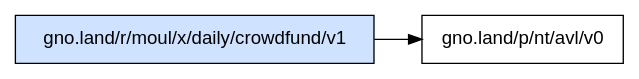
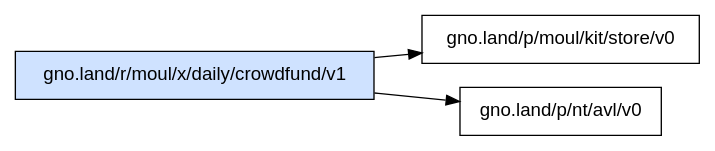
Before and after one commit to moul/gno-contracts: the diagram in _assets/gno.land/r/moul/x/daily/crowdfund/v1/deps.dot, drawn with Graphviz. The commit also changed 55 other files, not shown here.

Commit message:
chore: regenerate catalog, graphs and on-chain status [skip ci]

```diff
--- a/_assets/gno.land/r/moul/x/daily/crowdfund/v1/deps.dot
+++ b/_assets/gno.land/r/moul/x/daily/crowdfund/v1/deps.dot
@@ -1,6 +1,7 @@
 digraph deps {
   rankdir=LR;
   node [shape=box, fontname="sans-serif"];
   "gno.land/r/moul/x/daily/crowdfund/v1" [style=filled, fillcolor="#cfe2ff"];
+  "gno.land/r/moul/x/daily/crowdfund/v1" -> "gno.land/p/moul/kit/store/v0";
   "gno.land/r/moul/x/daily/crowdfund/v1" -> "gno.land/p/nt/avl/v0";
 }
```
